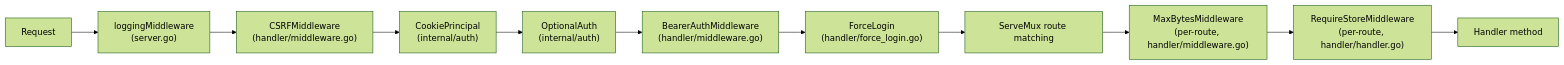
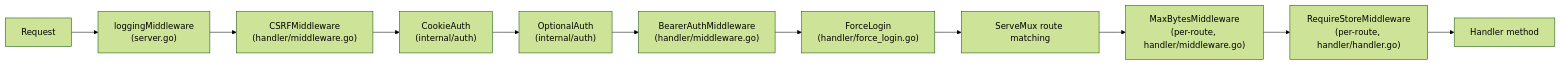
Before and after one commit to changkun/wallfacer: the first of 3 diagrams in docs/internals/api-and-transport.md, drawn with Mermaid (forest theme). The commit also changed other lines of this file, not shown here.

````diff
--- a/docs/internals/api-and-transport.md
+++ b/docs/internals/api-and-transport.md
@@ -146,13 +185,13 @@
 ```mermaid
 flowchart LR
     Request --> Logging["loggingMiddleware<br/>(server.go)"]
     Logging --> CSRF["CSRFMiddleware<br/>(handler/middleware.go)"]
-    CSRF --> Cookie["CookiePrincipal<br/>(internal/auth)"]
+    CSRF --> Cookie["CookieAuth<br/>(internal/auth)"]
     Cookie --> Optional["OptionalAuth<br/>(internal/auth)"]
     Optional --> Bearer["BearerAuthMiddleware<br/>(handler/middleware.go)"]
     Bearer --> Force["ForceLogin<br/>(handler/force_login.go)"]
     Force --> Mux["ServeMux route matching"]
     Mux --> BodyLimit["MaxBytesMiddleware<br/>(per-route, handler/middleware.go)"]
     BodyLimit --> StoreGuard["RequireStoreMiddleware<br/>(per-route, handler/handler.go)"]
     StoreGuard --> Handler["Handler method"]
 ```
````
